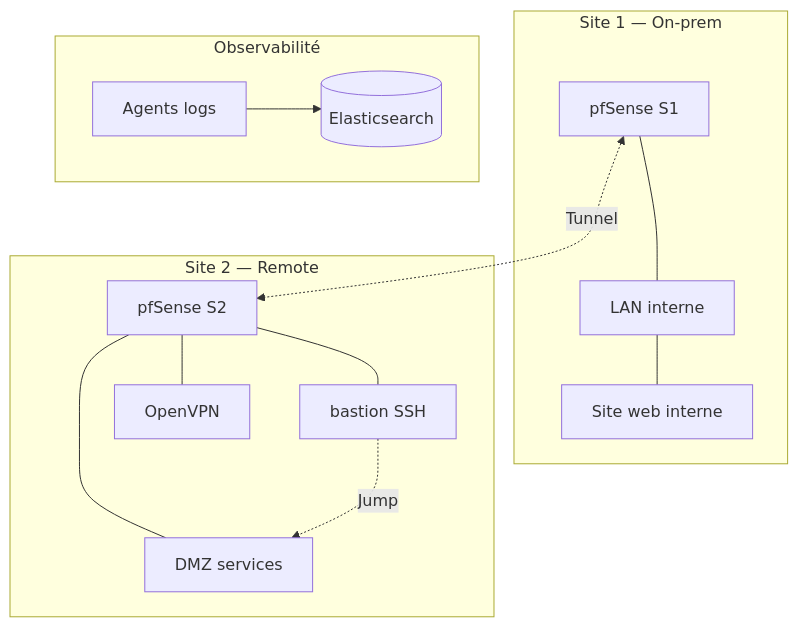
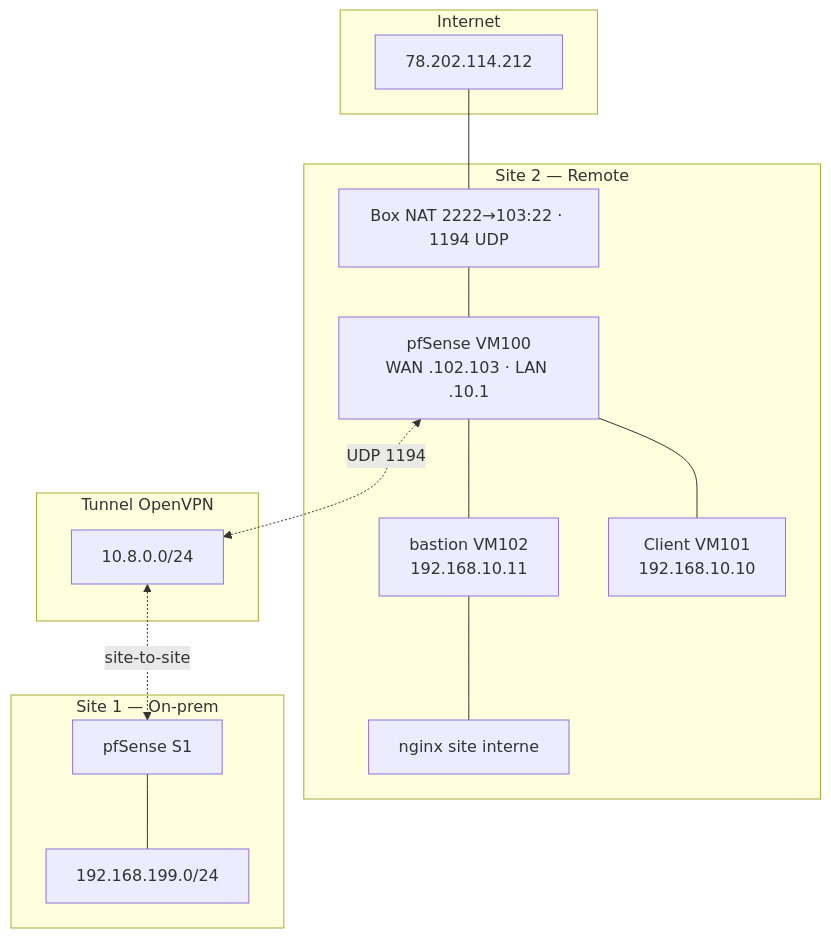
Before and after one commit to Meriem1403/T-NSA-810---CIA: the diagram in docs/architecture.md, drawn with Mermaid. The commit also changed other lines of this file and 23 other files, not shown here.

First line of the commit message:
feat(cia): architecture S2, IaC Ansible et livrables docs

````diff
--- a/docs/architecture.md
+++ b/docs/architecture.md
@@ -22,29 +51,32 @@
 ```mermaid
 flowchart TB
+  subgraph Internet
+    PUB[78.202.114.212]
+  end
+
+  subgraph S2["Site 2 — Remote"]
+    BOX[Box NAT 2222→103:22 · 1194 UDP]
+    PFS[pfSense VM100<br/>WAN .102.103 · LAN .10.1]
+    BAST[bastion VM102<br/>192.168.10.11]
+    WIN[Client VM101<br/>192.168.10.10]
+    NGX[nginx site interne]
+    BAST --- NGX
+    PFS --- BAST
+    PFS --- WIN
+    BOX --- PFS
+  end
+
+  subgraph VPN["Tunnel OpenVPN"]
+    TUN[10.8.0.0/24]
+  end
+
   subgraph S1["Site 1 — On-prem"]
     FW1[pfSense S1]
-    LAN1[LAN interne]
-    WEB[Site web interne]
-    LAN1 --- WEB
+    LAN1[192.168.199.0/24]
     FW1 --- LAN1
   end
 
-  subgraph S2["Site 2 — Remote"]
-    FW2[pfSense S2]
-    BAST[bastion SSH]
-    VPN[OpenVPN]
-    DMZ2[DMZ services]
-    FW2 --- BAST
-    FW2 --- VPN
-    FW2 --- DMZ2
-  end
-
-  subgraph OBS["Observabilité"]
-    ES[(Elasticsearch)]
-    AGT[Agents logs]
-  end
-
-  FW1 <-.->|"Tunnel"| FW2
-  BAST -.->|"Jump"| DMZ2
-  AGT --> ES
+  PUB --- BOX
+  PFS <-.->|UDP 1194| TUN
+  TUN <-.->|site-to-site| FW1
 ```
````
